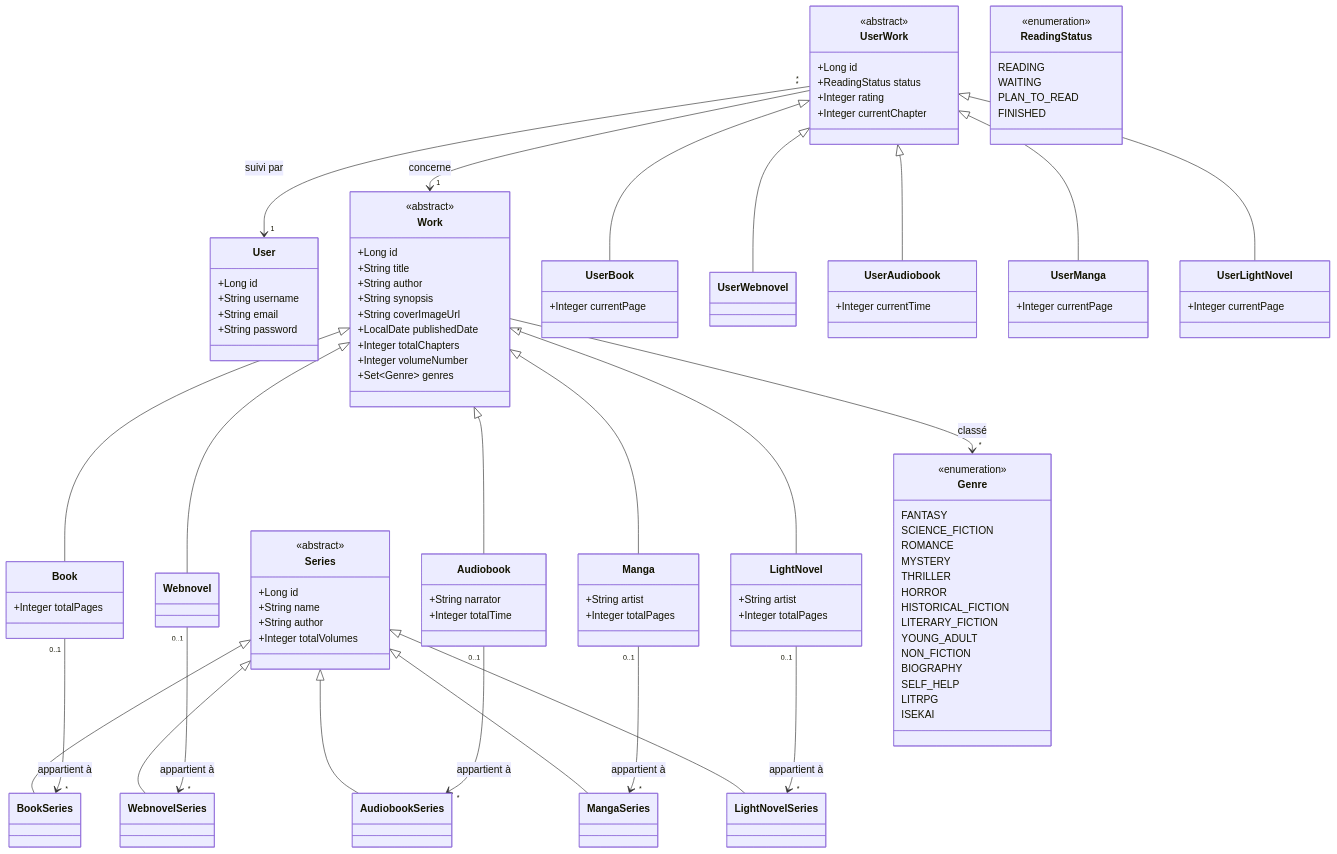
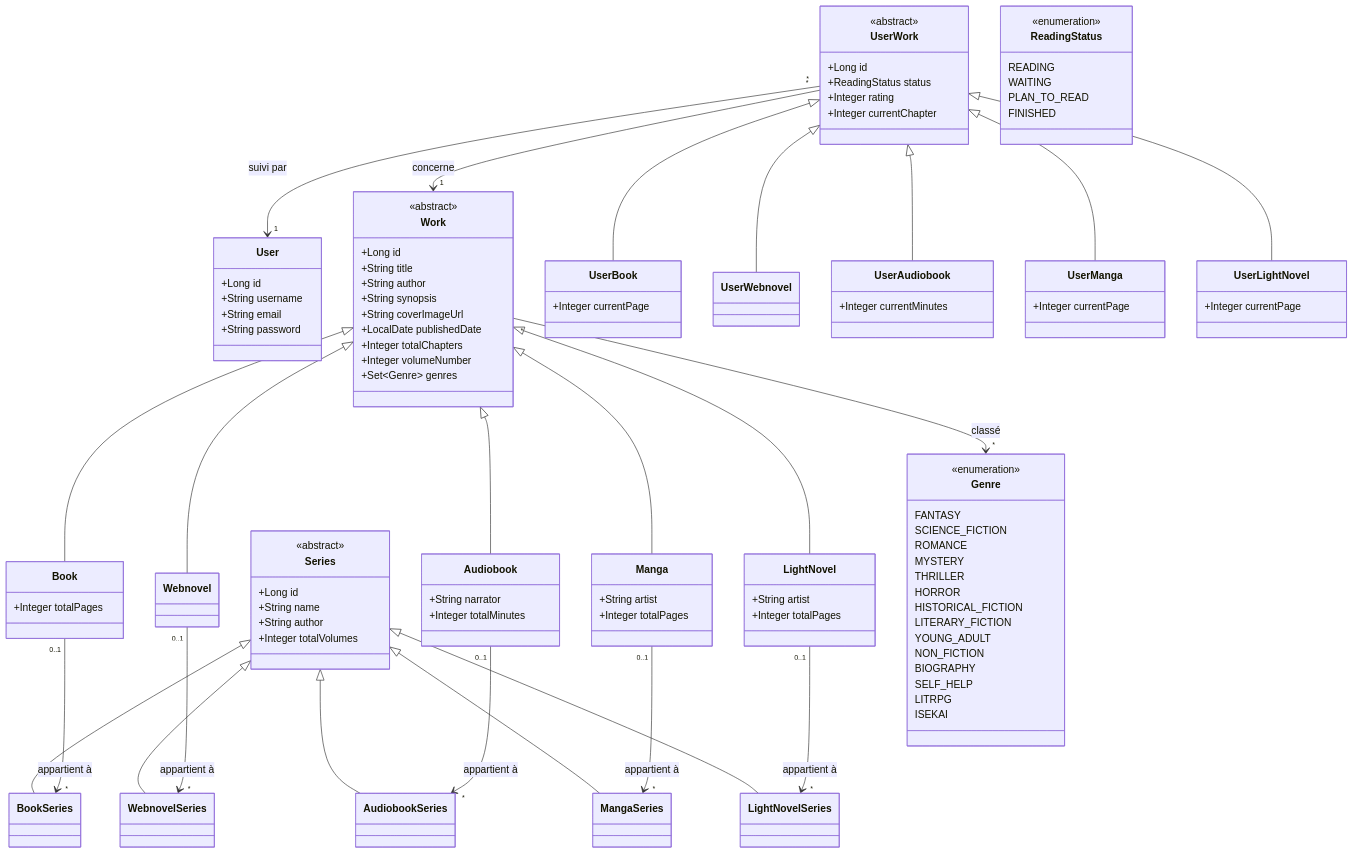
One commit to malauzet/bookshelf changed the first of 2 diagrams in bookshelf-api/conception/conception.md. Above: the diagram before and after it, drawn with Mermaid. The commit also changed other lines of this file and 2 other files, not shown here.

Commit message:
Add Audiobook/AudiobookSeries branch, align conception doc naming
Third branch of the Work/Series hierarchy: Audiobook adds narrator and totalMinutes, with a typed series FK via AudiobookSeries — same pattern as Book/BookSeries and Webnovel/WebnovelSeries.

Updates conception.md to match: renames totalTime/currentTime to totalMinutes/currentMinutes in the class diagram and prose (the Java field name now matches the DB column directly, no @Column override needed to dodge the CURRENT_TIME reserved word), and records the reasoning for keeping Integer over Duration/LocalTime for v1.

```diff
--- a/bookshelf-api/conception/conception.md
+++ b/bookshelf-api/conception/conception.md
@@ -56,7 +57,7 @@
 
     class Audiobook {
         +String narrator
-        +Integer totalTime
+        +Integer totalMinutes
     }
 
     class Manga {
@@ -108,7 +109,7 @@
     }
 
     class UserAudiobook {
-        +Integer currentTime
+        +Integer currentMinutes
     }
 
     class UserManga {
```
